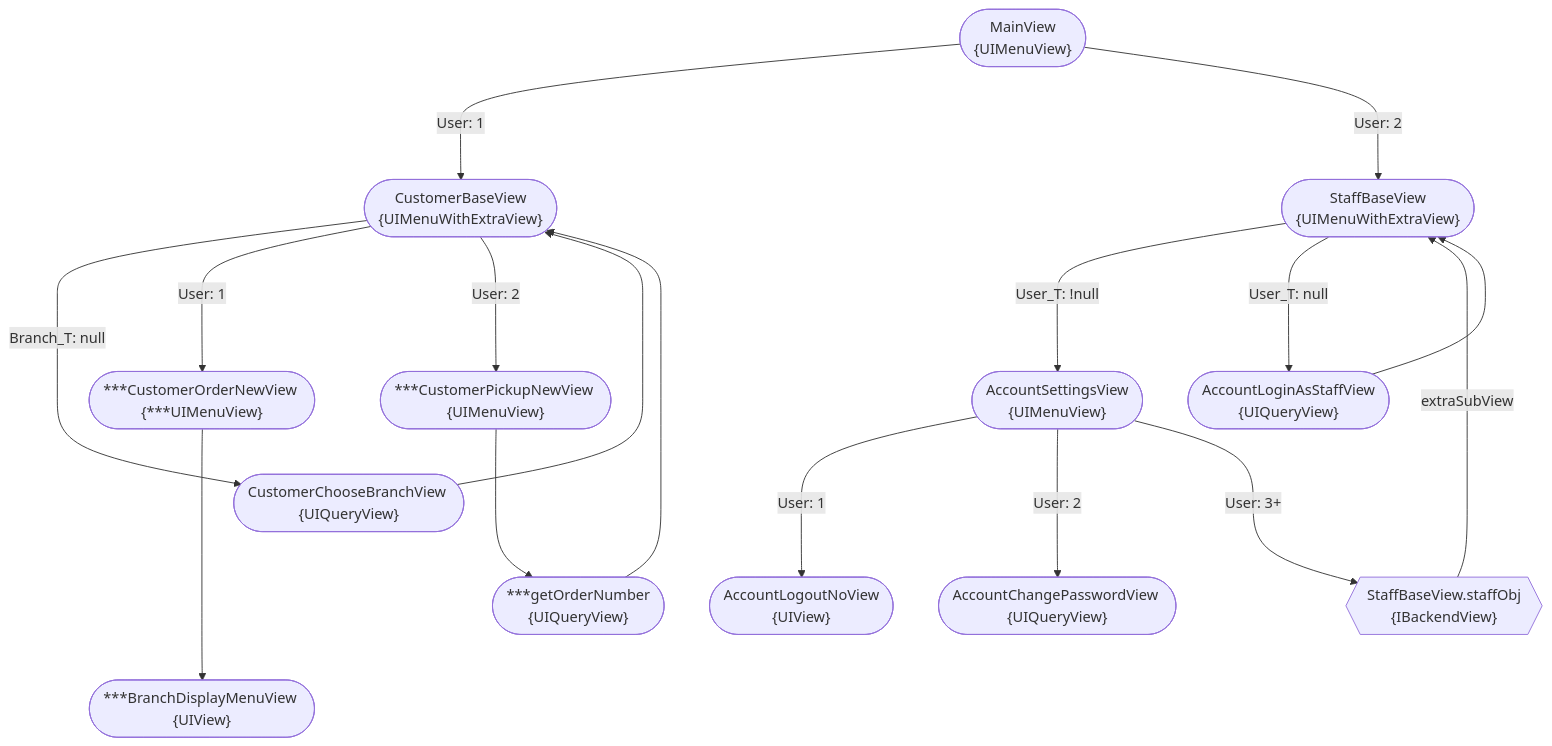
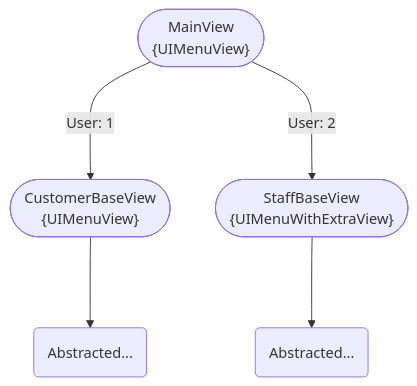
Before and after one commit to Iain-Lim/FOMS-2002-V2: the diagram in docs/Rsc/views.md, drawn with Mermaid. The commit also changed 34 other files, not shown here.

````diff
--- a/docs/Rsc/views.md
+++ b/docs/Rsc/views.md
@@ -2,52 +2,13 @@
 ``` mermaid
 flowchart TD
 
 MainView(["MainView \n{UIMenuView}"])
 
-CustomerBaseView(["CustomerBaseView \n{UIMenuWithExtraView}"])
-
-CustomerChooseBranchView(["CustomerChooseBranchView \n{UIQueryView}"])
-
-CustomerOrderNewView(["***CustomerOrderNewView \n{***UIMenuView}"])
-
-BranchDisplayMenuView(["***BranchDisplayMenuView \n{UIView}"])
-
-CustomerPickupNewView(["***CustomerPickupNewView \n{UIMenuView}"])
-
-getOrderNumber(["***getOrderNumber \n{UIQueryView}"])
+CustomerBaseView(["CustomerBaseView \n{UIMenuView}"])
 
 StaffBaseView(["StaffBaseView \n{UIMenuWithExtraView}"])
 
-AccountLoginAsStaffView(["AccountLoginAsStaffView \n{UIQueryView}"])
-
-StaffBaseView_staffObj{{"StaffBaseView.staffObj \n{IBackendView}"}}
-
-AccountSettingsView(["AccountSettingsView \n{UIMenuView}"])
-
-AccountLogoutNoView(["AccountLogoutNoView \n{UIView}"])
-
-AccountChangePasswordView(["AccountChangePasswordView \n{UIQueryView}"])
-
-MainView ---> | User: 1 | CustomerBaseView
-CustomerBaseView ---> | Branch_T: null | CustomerChooseBranchView
-CustomerChooseBranchView ----> CustomerBaseView
-CustomerBaseView ---> | User: 1 | CustomerOrderNewView
-CustomerBaseView ---> | User: 2 | CustomerPickupNewView
-CustomerPickupNewView ---> getOrderNumber ---> CustomerBaseView
-
-
-CustomerOrderNewView ----> |  | BranchDisplayMenuView
-
-
-MainView ---> | User: 2 | StaffBaseView
-StaffBaseView ---> | User_T: !null | AccountSettingsView
-StaffBaseView ---> | User_T: null | AccountLoginAsStaffView
-AccountLoginAsStaffView --->  StaffBaseView
-StaffBaseView_staffObj ---> | extraSubView | StaffBaseView
-AccountSettingsView ---> | User: 1 | AccountLogoutNoView
-AccountSettingsView ---> | User: 2 | AccountChangePasswordView
-AccountSettingsView ---> | User: 3+ | StaffBaseView_staffObj
-
-
+MainView ---> | User: 1 | CustomerBaseView ---> s1(Abstracted...)
+MainView ---> | User: 2 | StaffBaseView ---> s2(Abstracted...)
 
 ```
````
